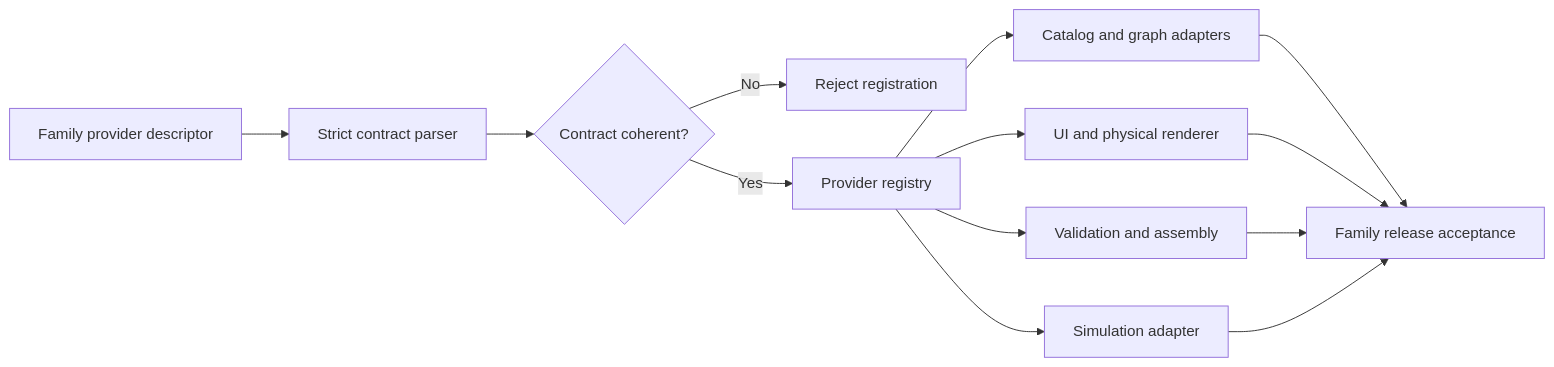
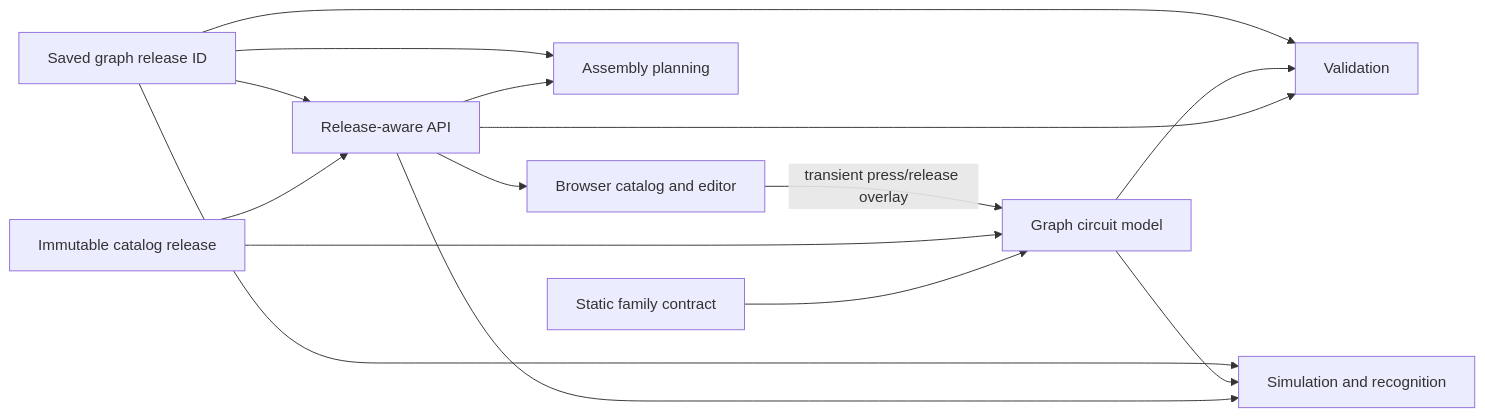
One commit to choksi2212/schemora-lab changed the first of 2 diagrams in docs/Phase-9-Implementation.md. Above: the diagram before and after it, drawn with Mermaid. The commit also changed other lines of this file and 23 other files, not shown here.

````diff
--- a/docs/Phase-9-Implementation.md
+++ b/docs/Phase-9-Implementation.md
@@ -39,15 +17,17 @@
 ```mermaid
 flowchart LR
-  A[Family provider descriptor] --> B[Strict contract parser]
-  B --> C{Contract coherent?}
-  C -->|No| D[Reject registration]
-  C -->|Yes| E[Provider registry]
-  E --> F[Catalog and graph adapters]
-  E --> G[UI and physical renderer]
-  E --> H[Validation and assembly]
-  E --> I[Simulation adapter]
-  F --> J[Family release acceptance]
-  G --> J
-  H --> J
-  I --> J
+  CR[Immutable catalog release] --> API[Release-aware API]
+  API --> WEB[Browser catalog and editor]
+  API --> VAL[Validation]
+  API --> ASM[Assembly planning]
+  API --> SIM[Simulation and recognition]
+  FC[Static family contract] --> GRAPH[Graph circuit model]
+  CR --> GRAPH
+  WEB -->|transient press/release overlay| GRAPH
+  GRAPH --> VAL
+  GRAPH --> SIM
+  HIST[Saved graph release ID] --> API
+  HIST --> VAL
+  HIST --> ASM
+  HIST --> SIM
 ```
````
